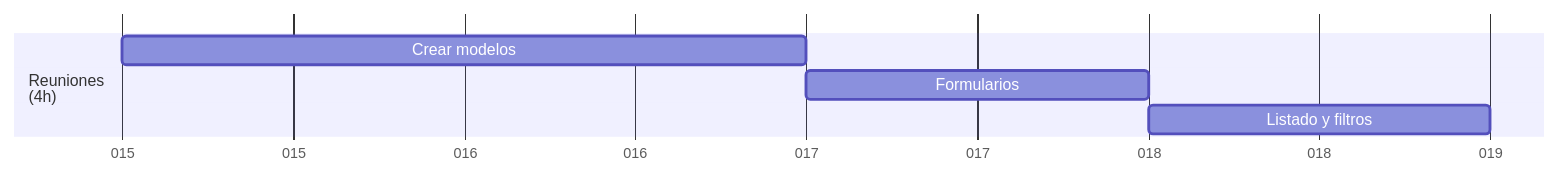
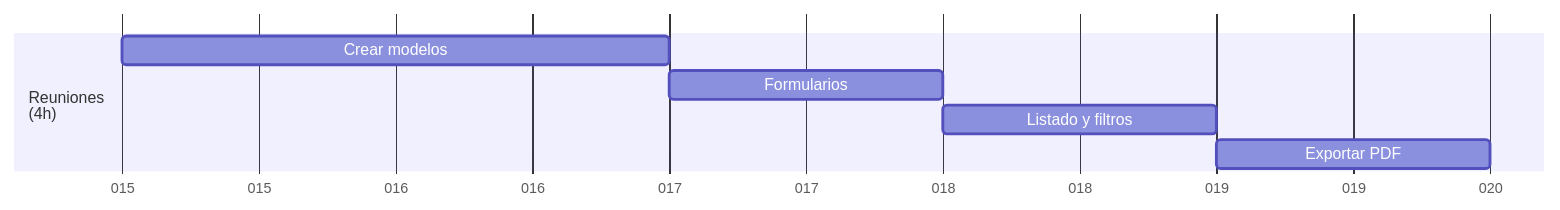
The diagram in .md/4.reu.md (Covija97/badentracker), drawn with Mermaid before and after one commit. The commit also changed other lines of this file and 6 other files, not shown here.

````diff
--- a/.md/4.reu.md
+++ b/.md/4.reu.md
@@ -8,10 +8,11 @@
 ```mermaid
 gantt
     dateFormat  DDD
     axisFormat %j
-   
+
     section Reuniones<br>(4h)
     Crear modelos               : 01-15, 2d
     Formularios                 : 01-17, 1d
     Listado y filtros           : 01-18, 1d
+    Exportar PDF                : 01-19, 1d
 ```
````
